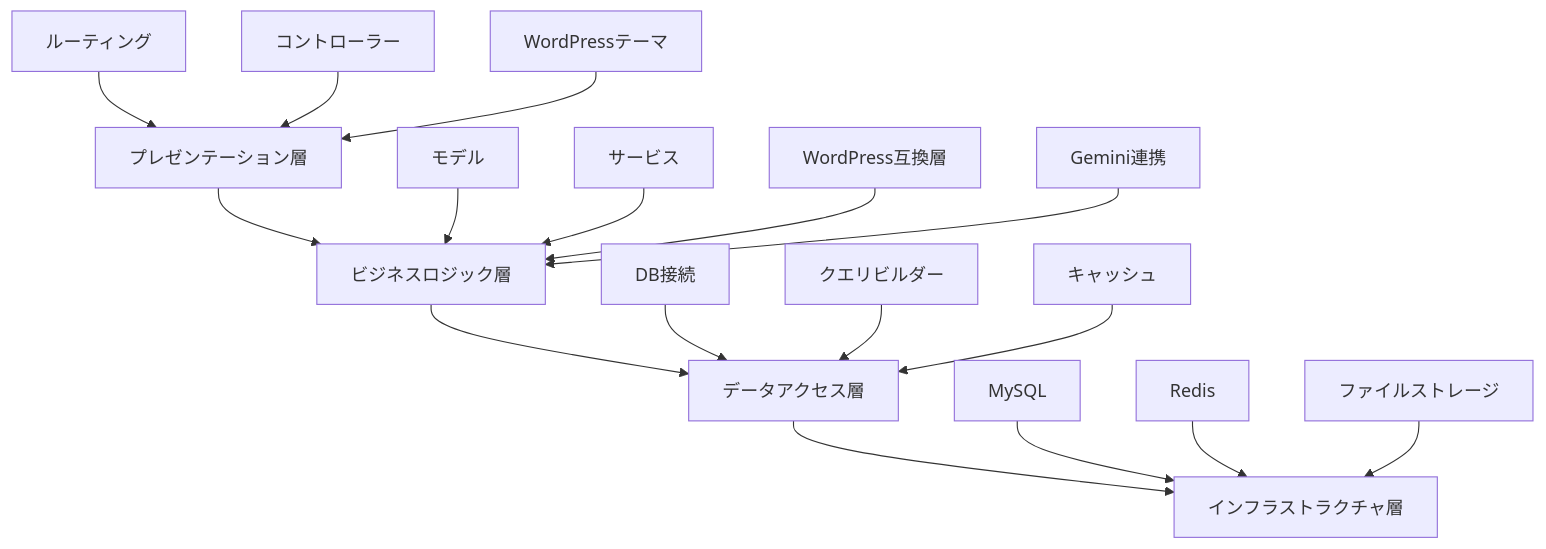
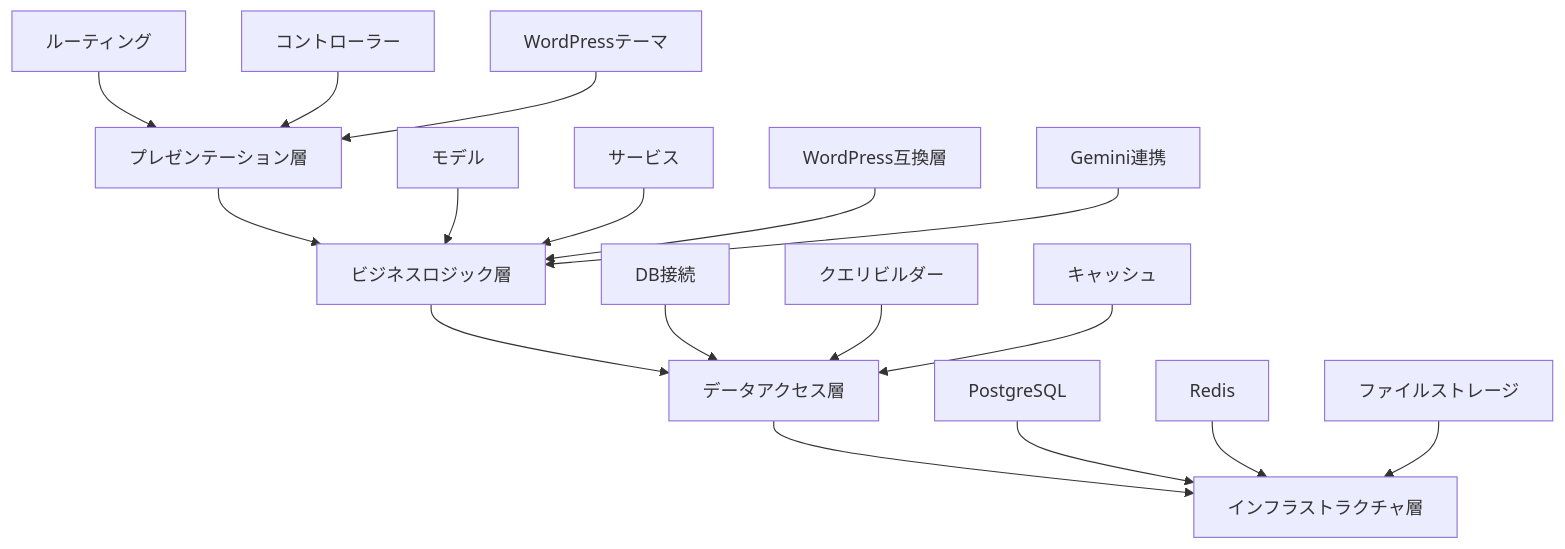
The second of 11 diagrams in DESIGN.md (hawkie275/LuaAIDiary), drawn with Mermaid before and after one commit. The commit also changed other lines of this file and 17 other files, not shown here.

Commit message:
Migrate to PostgreSQL

````diff
--- a/DESIGN.md
+++ b/DESIGN.md
@@ -70,23 +70,23 @@
 ```mermaid
 graph TD
     A[プレゼンテーション層] --> B[ビジネスロジック層]
     B --> C[データアクセス層]
     C --> D[インフラストラクチャ層]
     
     A1[ルーティング] --> A
     A2[コントローラー] --> A
     A3[WordPressテーマ] --> A
     
     B1[モデル] --> B
     B2[サービス] --> B
     B3[WordPress互換層] --> B
     B4[Gemini連携] --> B
     
     C1[DB接続] --> C
     C2[クエリビルダー] --> C
     C3[キャッシュ] --> C
     
-    D1[MySQL] --> D
+    D1[PostgreSQL] --> D
     D2[Redis] --> D
     D3[ファイルストレージ] --> D
 ```
````
